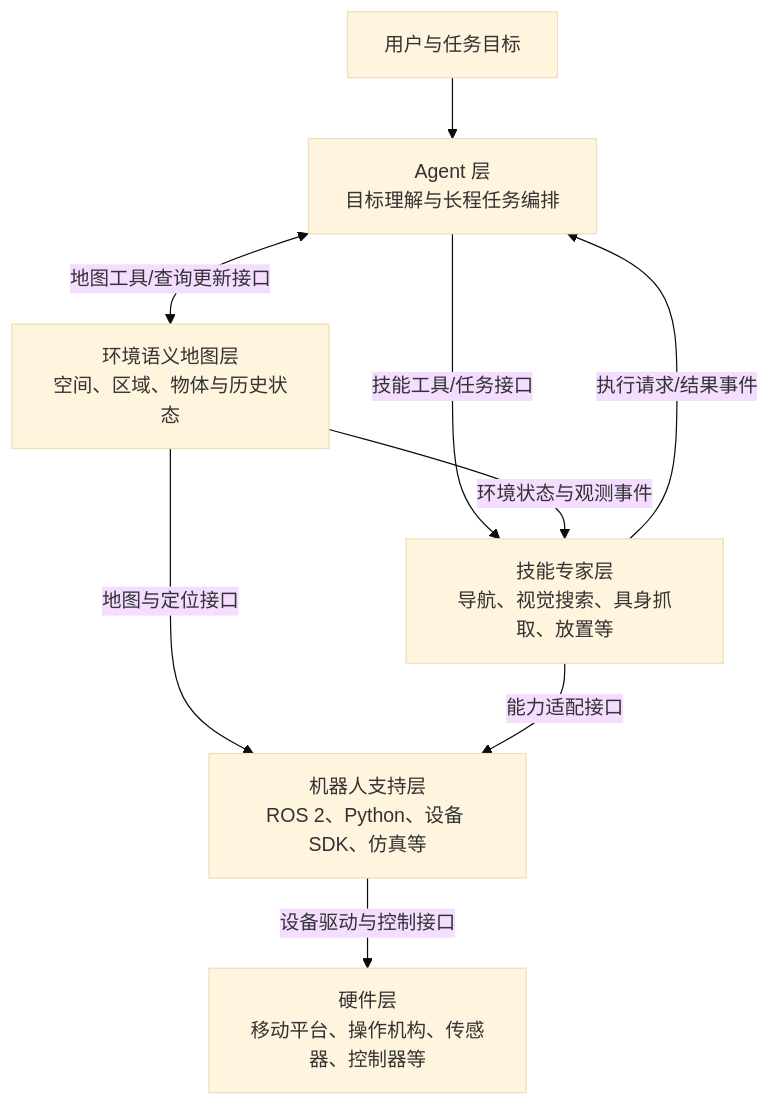
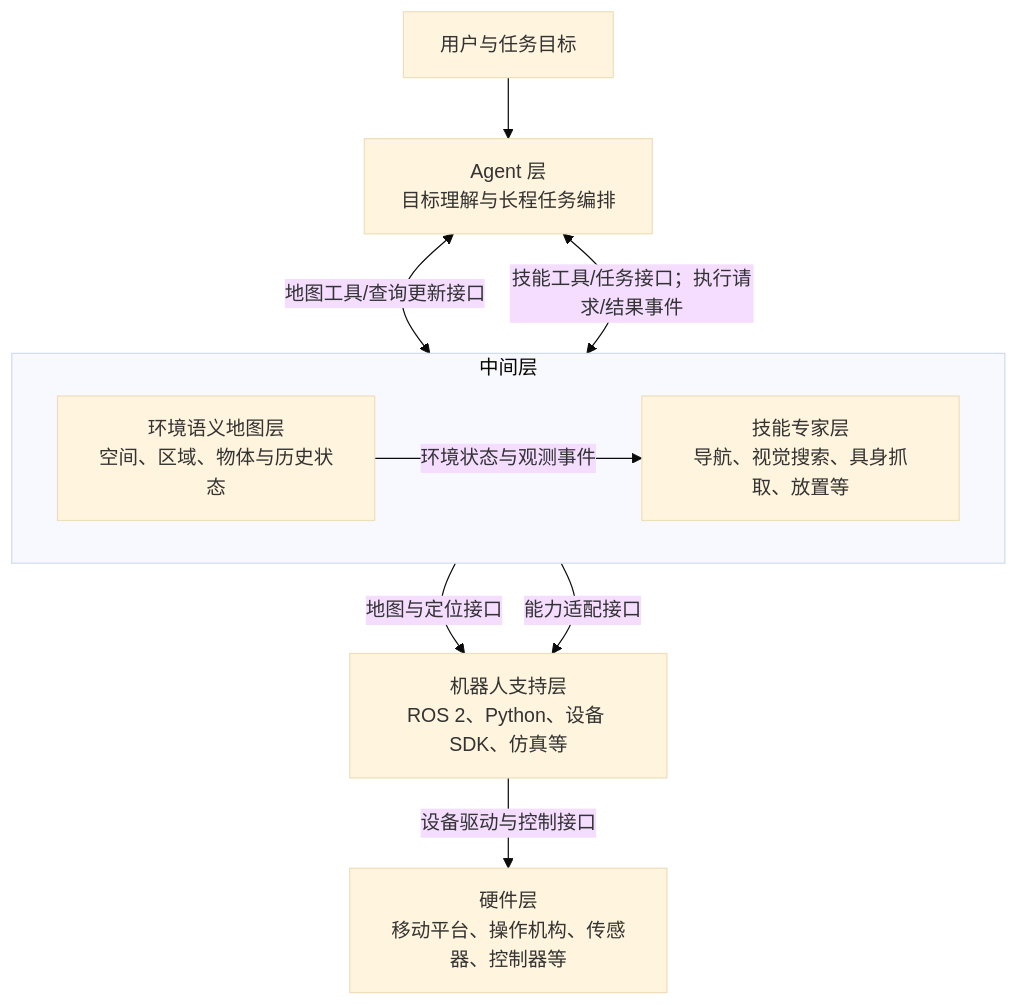
The diagram in 架构设计.md (ianhequn/da_chuang_20261112), drawn with Mermaid (base theme) before and after one commit. The commit also changed other lines of this file and 1 other file, not shown here.

````diff
--- a/架构设计.md
+++ b/架构设计.md
@@ -5,17 +5,29 @@
 ```mermaid
 flowchart TD
+
     User[用户与任务目标]
     Agent[Agent 层<br/>目标理解与长程任务编排]
-    Map[环境语义地图层<br/>空间、区域、物体与历史状态]
-    Skill[技能专家层<br/>导航、视觉搜索、具身抓取、放置等]
+
+    subgraph middle[中间层]
+        direction LR
+
+        Map[环境语义地图层<br/>空间、区域、物体与历史状态]
+        Skill[技能专家层<br/>导航、视觉搜索、具身抓取、放置等]
+    end
+
     ROS[机器人支持层<br/>ROS 2、Python、设备 SDK、仿真等]
     Hardware[硬件层<br/>移动平台、操作机构、传感器、控制器等]
+
+
     User --> Agent
-    Agent <-->|地图工具/查询更新接口| Map
-    Agent -->|技能工具/任务接口| Skill
+
+    Agent <-->|地图工具/查询更新接口| middle
+    Agent <-->|技能工具/任务接口；执行请求/结果事件| middle
+
     Map -->|环境状态与观测事件| Skill
-    Skill -->|执行请求/结果事件| Agent
-    Map -->|地图与定位接口| ROS
-    Skill -->|能力适配接口| ROS
+
+    middle -->|地图与定位接口| ROS
+    middle -->|能力适配接口| ROS
+
     ROS -->|设备驱动与控制接口| Hardware
 ```
````
